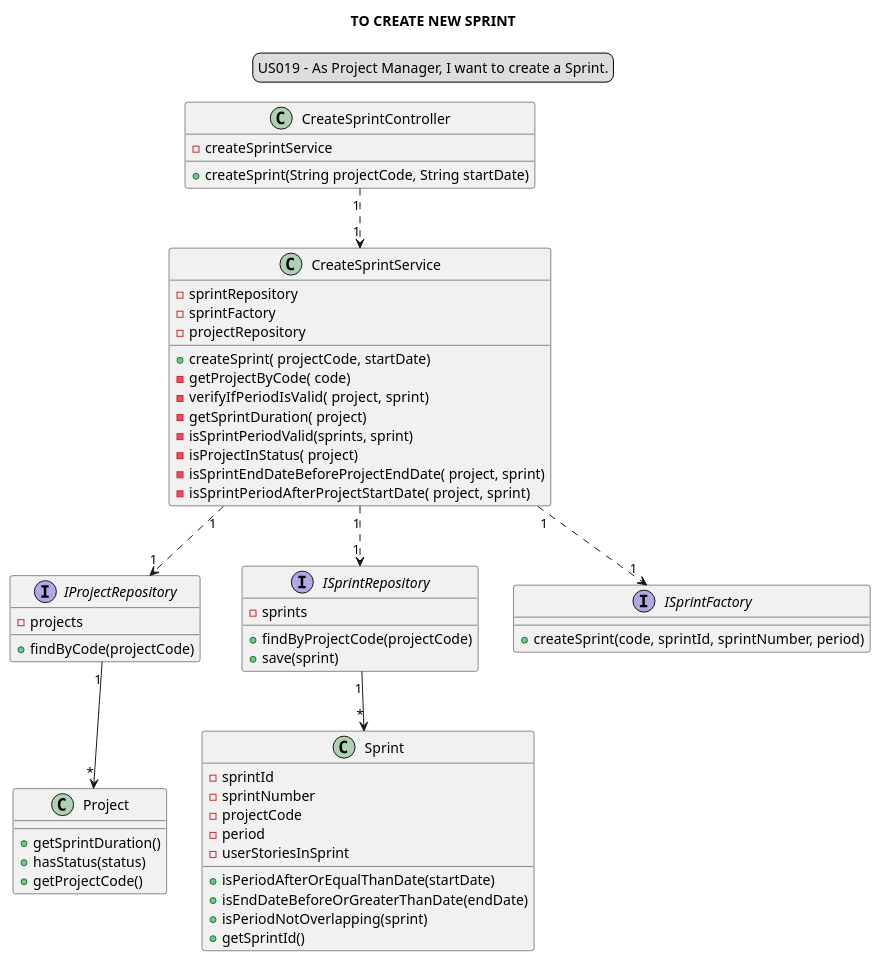
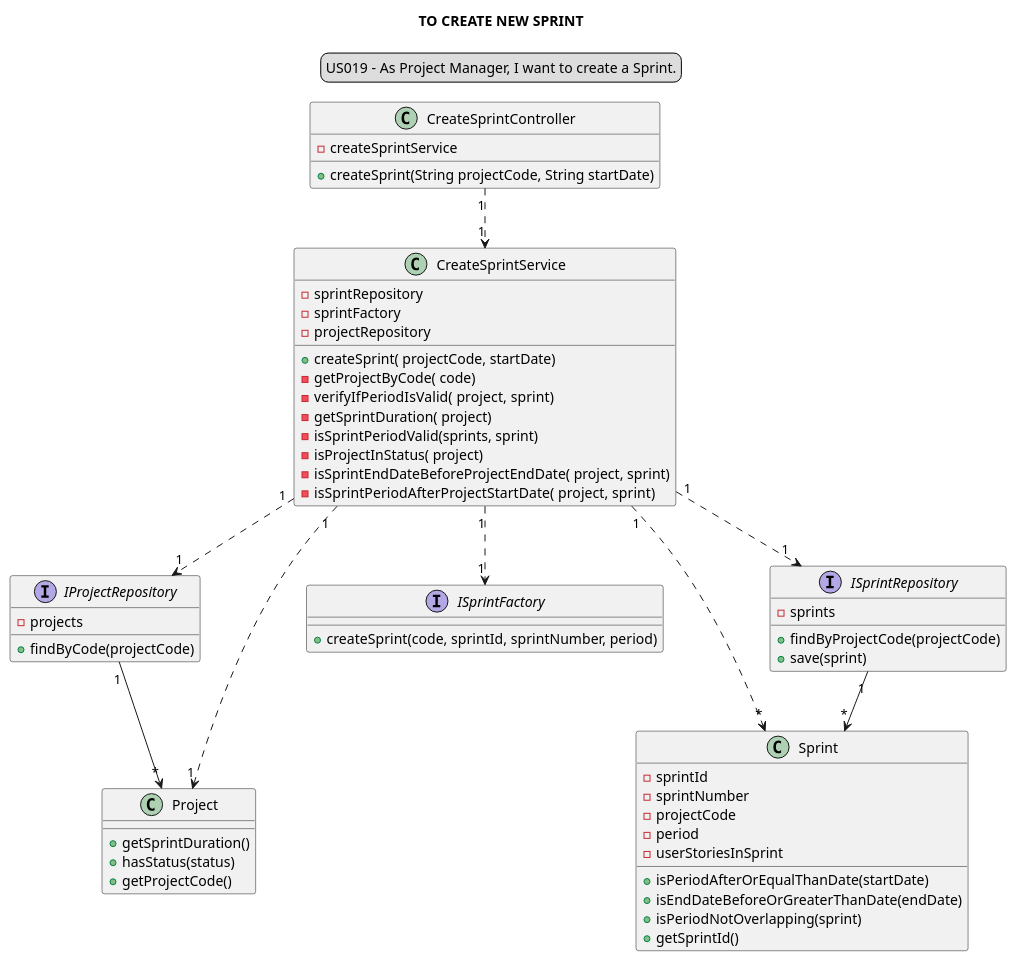
One commit to Loracline/project_switch_22-23 changed the diagram in docs/modelling_design/user_stories/sprint03/us019/US019_classDiagram_ddd.puml. Above: the diagram before and after it, drawn with PlantUML.

Commit message:
US019: Update classDiagram and SequenceDiagram addresses #606

```diff
--- a/docs/modelling_design/user_stories/sprint03/us019/US019_classDiagram_ddd.puml
+++ b/docs/modelling_design/user_stories/sprint03/us019/US019_classDiagram_ddd.puml
@@ -1,69 +1,71 @@
 @startuml
 'https://plantuml.com/class-diagram
 skinparam sequenceMessageAlign center
 title TO CREATE NEW SPRINT
 legend top
 US019 - As Project Manager, I want to create a Sprint.
 end legend
 
 class CreateSprintController {
 - createSprintService
 + createSprint(String projectCode, String startDate)
 }
 CreateSprintController "1"..>"1" CreateSprintService
 
 class CreateSprintService {
 - sprintRepository
 - sprintFactory
 - projectRepository
 +createSprint( projectCode, startDate)
 -getProjectByCode( code)
 -verifyIfPeriodIsValid( project,  sprint)
 -getSprintDuration( project)
 -isSprintPeriodValid(sprints, sprint)
 - isProjectInStatus( project)
 -isSprintEndDateBeforeProjectEndDate( project, sprint)
 -isSprintPeriodAfterProjectStartDate( project,  sprint)
 }
 CreateSprintService "1"..>"1" IProjectRepository
 CreateSprintService "1"..>"1" ISprintRepository
 CreateSprintService "1"..>"1" ISprintFactory
+CreateSprintService "1"..>"1" Project
+CreateSprintService "1"..>"*" Sprint
 
 interface IProjectRepository {
 -projects
 + findByCode(projectCode)
 }
 IProjectRepository "1"-->"*" Project
 
 interface ISprintRepository {
 -sprints
 + findByProjectCode(projectCode)
 +save(sprint)
 }
 ISprintRepository "1"-->"*" Sprint
 
 
 class Project {
 +getSprintDuration()
 +hasStatus(status)
 +getProjectCode()
 }
 
 
 interface ISprintFactory {
 + createSprint(code, sprintId, sprintNumber, period)
 }
 
 class Sprint {
 - sprintId
 -sprintNumber
 - projectCode
 - period
 - userStoriesInSprint
 + isPeriodAfterOrEqualThanDate(startDate)
 + isEndDateBeforeOrGreaterThanDate(endDate)
 + isPeriodNotOverlapping(sprint)
 + getSprintId()
 }
 
 @enduml
```
